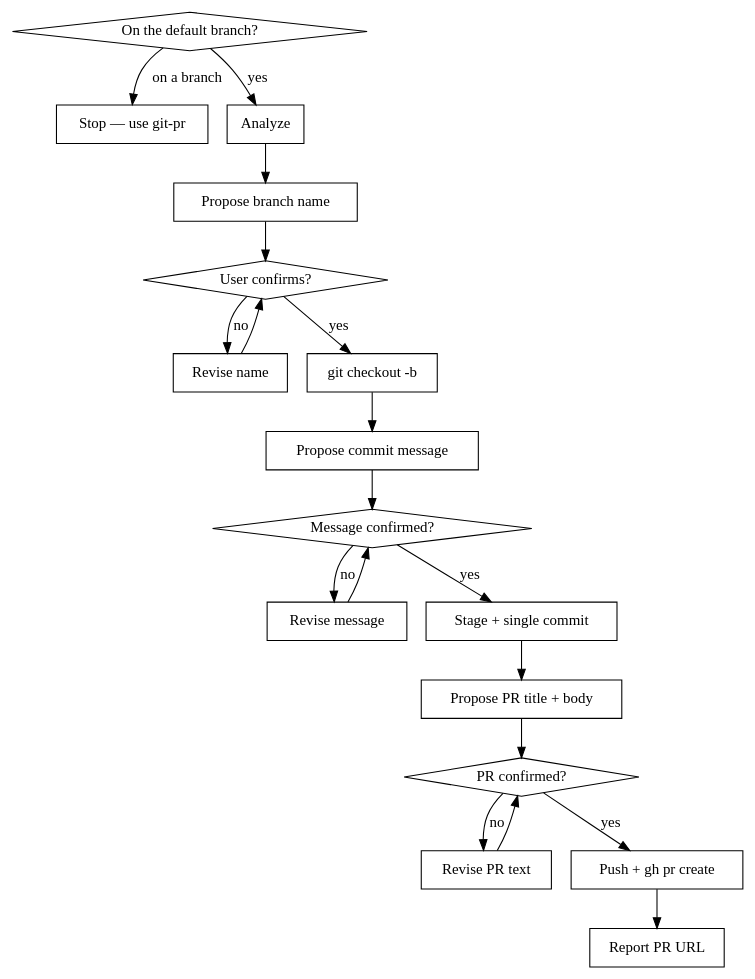
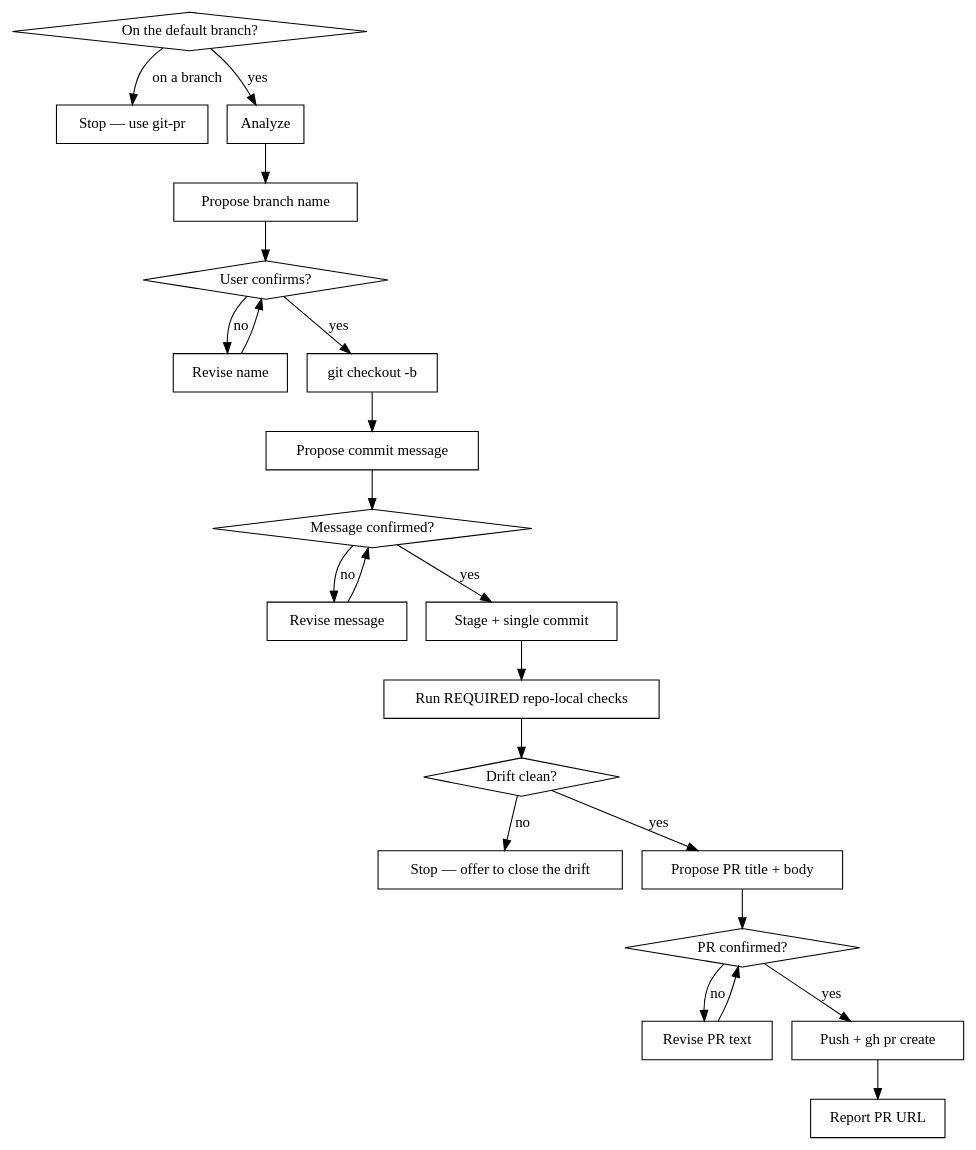
One commit to l0lxl0lw/dotfiles changed the diagram in ai/shared/skills/git/git-branch-and-pr/SKILL.md. Above: the diagram before and after it, drawn with Graphviz. The commit also changed other lines of this file and 9 other files, not shown here.

First line of the commit message:
feat(skills): gate PRs on the drift checks a repo declares for itself

````diff
--- a/ai/shared/skills/git/git-branch-and-pr/SKILL.md
+++ b/ai/shared/skills/git/git-branch-and-pr/SKILL.md
@@ -25,39 +31,45 @@
 ```dot
 digraph branchandpr {
     "On the default branch?" [shape=diamond];
     "Stop — use git-pr" [shape=box];
     "Analyze" [shape=box];
     "Propose branch name" [shape=box];
     "User confirms?" [shape=diamond];
     "Revise name" [shape=box];
     "git checkout -b" [shape=box];
     "Propose commit message" [shape=box];
     "Message confirmed?" [shape=diamond];
     "Revise message" [shape=box];
     "Stage + single commit" [shape=box];
+    "Run REQUIRED repo-local checks" [shape=box];
+    "Drift clean?" [shape=diamond];
+    "Stop — offer to close the drift" [shape=box];
     "Propose PR title + body" [shape=box];
     "PR confirmed?" [shape=diamond];
     "Revise PR text" [shape=box];
     "Push + gh pr create" [shape=box];
     "Report PR URL" [shape=box];
 
     "On the default branch?" -> "Stop — use git-pr" [label="on a branch"];
     "On the default branch?" -> "Analyze" [label="yes"];
     "Analyze" -> "Propose branch name";
     "Propose branch name" -> "User confirms?";
     "User confirms?" -> "Revise name" [label="no"];
     "Revise name" -> "User confirms?";
     "User confirms?" -> "git checkout -b" [label="yes"];
     "git checkout -b" -> "Propose commit message";
     "Propose commit message" -> "Message confirmed?";
     "Message confirmed?" -> "Revise message" [label="no"];
     "Revise message" -> "Message confirmed?";
     "Message confirmed?" -> "Stage + single commit" [label="yes"];
-    "Stage + single commit" -> "Propose PR title + body";
+    "Stage + single commit" -> "Run REQUIRED repo-local checks";
+    "Run REQUIRED repo-local checks" -> "Drift clean?";
+    "Drift clean?" -> "Stop — offer to close the drift" [label="no"];
+    "Drift clean?" -> "Propose PR title + body" [label="yes"];
     "Propose PR title + body" -> "PR confirmed?";
     "PR confirmed?" -> "Revise PR text" [label="no"];
     "Revise PR text" -> "PR confirmed?";
     "PR confirmed?" -> "Push + gh pr create" [label="yes"];
     "Push + gh pr create" -> "Report PR URL";
 }
 ```
````
